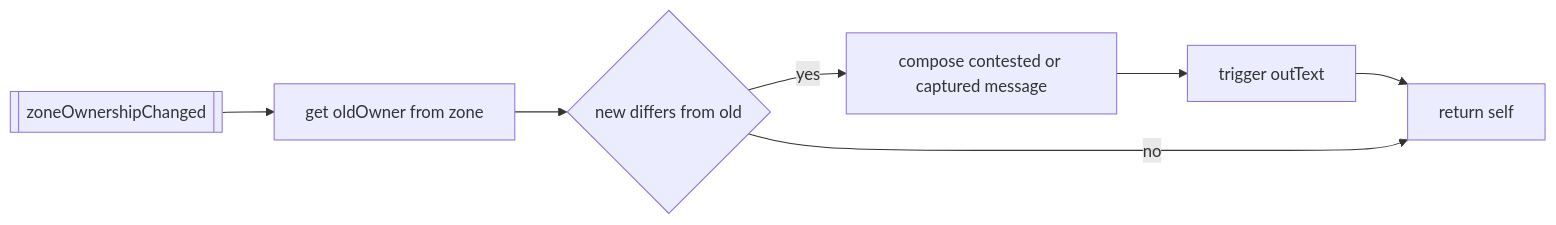
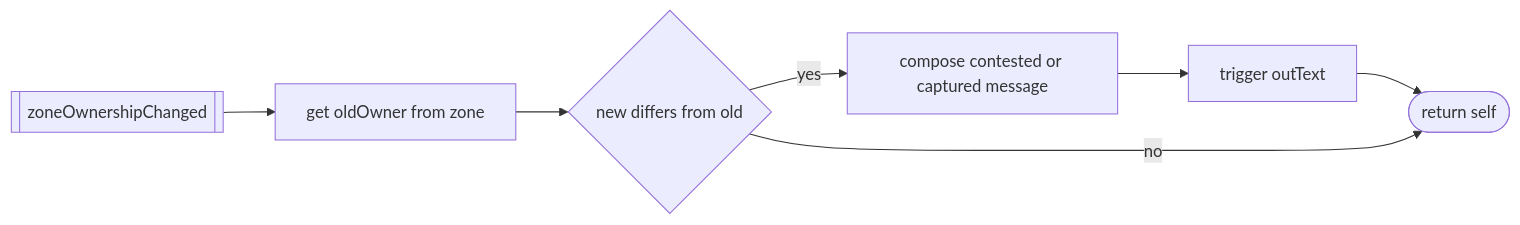
One commit to Gh0st352/AETHR changed the sixth of 7 diagrams in docs/world/ownership.md. Above: the diagram before and after it, drawn with Mermaid. The commit also changed other lines of this file and 7 other files, not shown here.

First line of the commit message:
docs(world, mermaid): normalize headings and standardize Mermaid diagrams

````diff
--- a/docs/world/ownership.md
+++ b/docs/world/ownership.md
@@ -127,9 +160,14 @@
 ```mermaid
+%% shared theme: docs/_mermaid/theme.json %%
 flowchart LR
   ZOC[[zoneOwnershipChanged]] --> GET[get oldOwner from zone]
   GET --> DIFF{new differs from old}
-  DIFF -->|yes| TEXT[compose contested or captured message]
+  DIFF -- "yes" --> TEXT[compose contested or captured message]
   TEXT --> OUT[trigger outText]
-  OUT --> RET[return self]
-  DIFF -->|no| RET
+  OUT --> RET([return self])
+  DIFF -- "no" --> RET
+
+  class DIFF class_decision;
+  class RET class_result;
+  class ZOC,GET,TEXT,OUT class_step;
 ```
````
